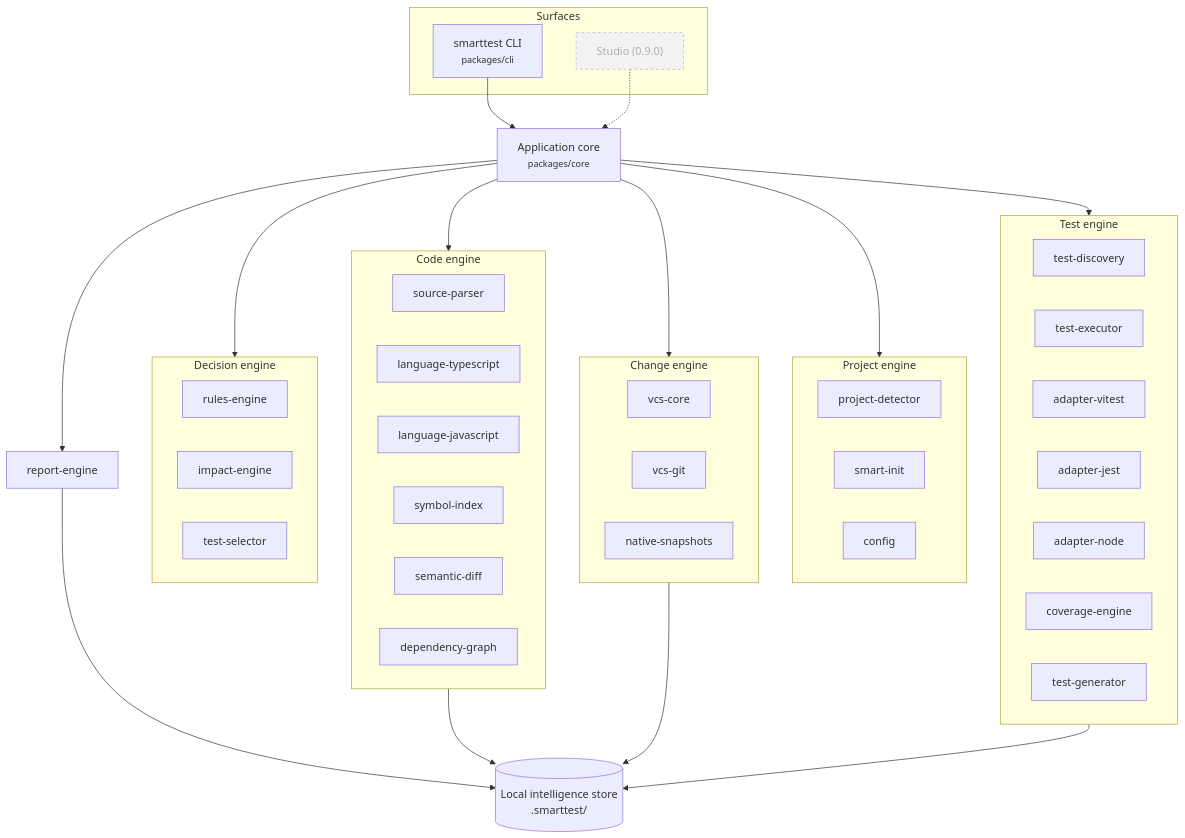
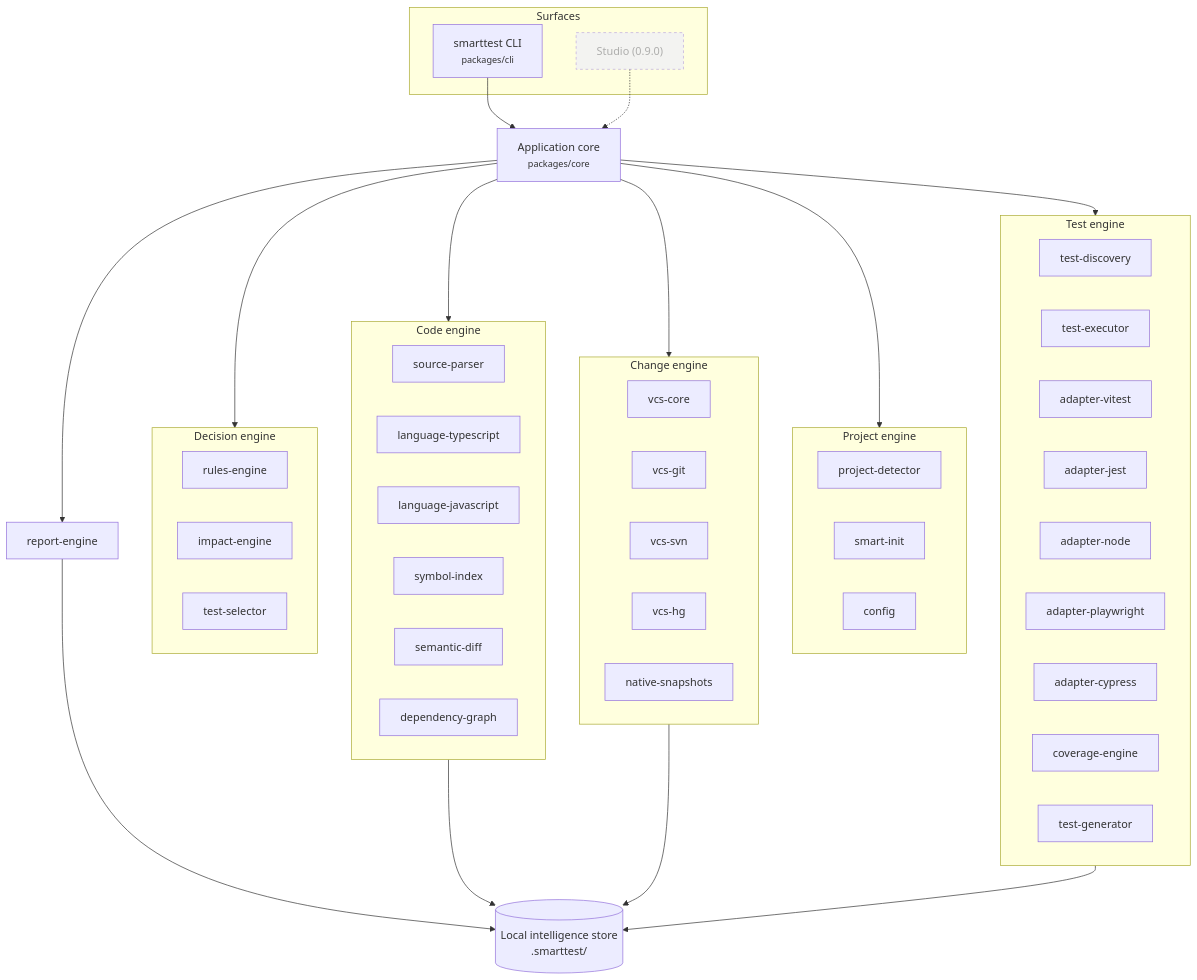
The first of 2 diagrams in documentation/architecture/overview.md (RemiPelloux/SmarttyTest), drawn with Mermaid before and after one commit. The commit also changed other lines of this file and 19 other files, not shown here.

First line of the commit message:
docs: delivery log for 0.3.0–0.8.0, roadmap rebased on 0.8.0 (Studio in 0.9.0), risks, ADR-0008/0009

````diff
--- a/documentation/architecture/overview.md
+++ b/documentation/architecture/overview.md
@@ -9,58 +9,62 @@
 ```mermaid
 flowchart TB
   subgraph Surface["Surfaces"]
     CLI["smarttest CLI<br/><small>packages/cli</small>"]
     Studio["Studio (0.9.0)"]:::later
   end
 
   CORE["Application core<br/><small>packages/core</small>"]
 
   subgraph Project["Project engine"]
     DET["project-detector"]
     INIT["smart-init"]
     CFG["config"]
   end
 
   subgraph Change["Change engine"]
     VCSCORE["vcs-core"]
     GIT["vcs-git"]
+    SVN["vcs-svn"]
+    HG["vcs-hg"]
     SNAP["native-snapshots"]
   end
 
   subgraph Code["Code engine"]
     PARSER["source-parser"]
     TS["language-typescript"]
     JS["language-javascript"]
     SYM["symbol-index"]
     SEM["semantic-diff"]
     GRAPH["dependency-graph"]
   end
 
   subgraph Decide["Decision engine"]
     RULES["rules-engine"]
     IMPACT["impact-engine"]
     SEL["test-selector"]
   end
 
   subgraph Test["Test engine"]
     DISC["test-discovery"]
     EXEC["test-executor"]
     VIT["adapter-vitest"]
     JEST["adapter-jest"]
     NODE["adapter-node"]
+    PW["adapter-playwright"]
+    CY["adapter-cypress"]
     COV["coverage-engine"]
     GEN["test-generator"]
   end
 
   REP["report-engine"]
   STORE[("Local intelligence store<br/>.smarttest/")]
 
   CLI --> CORE
   Studio -.-> CORE
   CORE --> Project & Change & Code & Decide & Test & REP
   Code --> STORE
   Change --> STORE
   Test --> STORE
   REP --> STORE
   classDef later stroke-dasharray: 4 4,opacity:0.6
 ```
````
